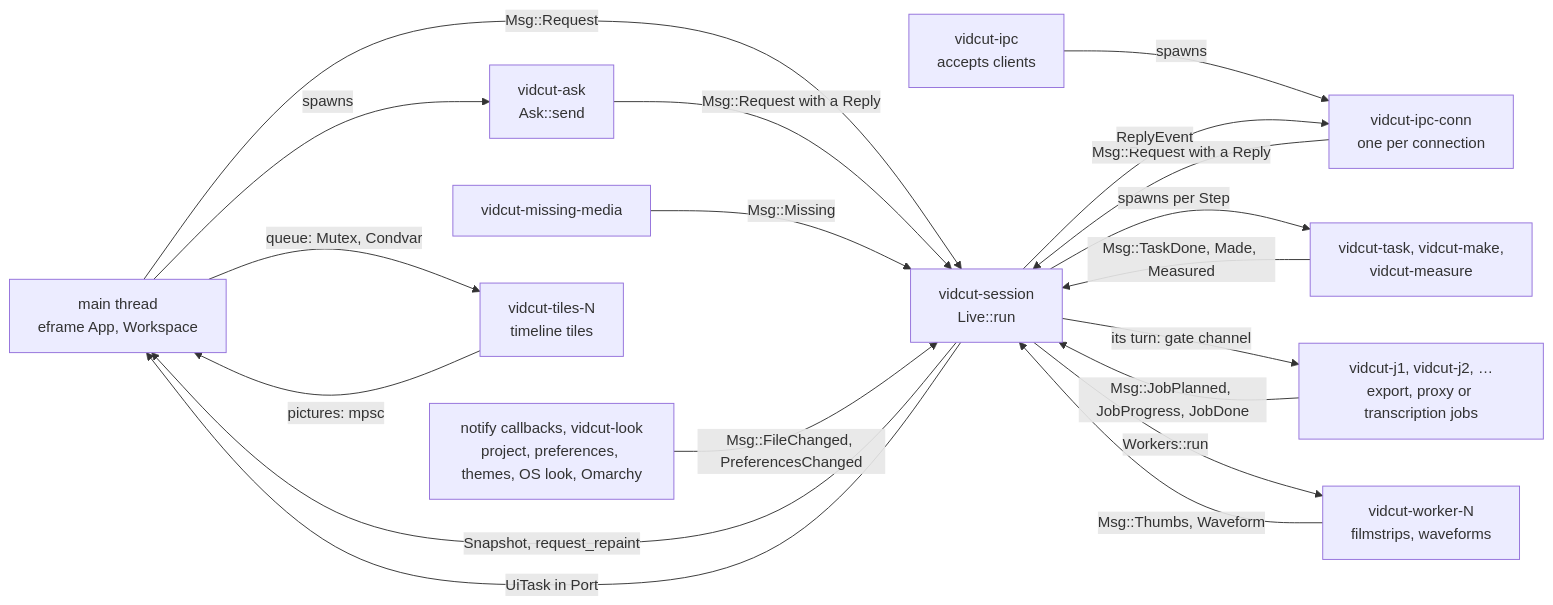
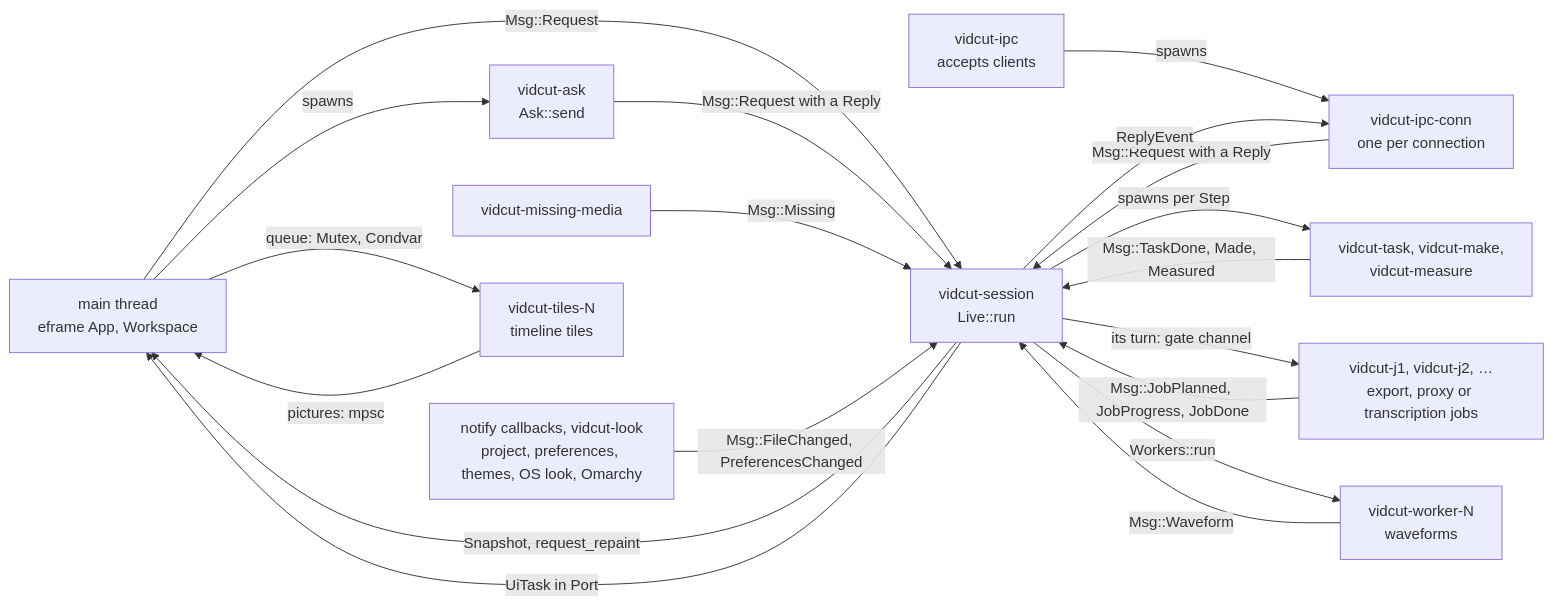
The first of 3 diagrams in docs/design/live.md (oittaa/vidcut), drawn with Mermaid before and after one commit. The commit also changed other lines of this file and 14 other files, not shown here.

````diff
--- a/docs/design/live.md
+++ b/docs/design/live.md
@@ -10,33 +10,33 @@
 ```mermaid
 flowchart LR
   UI["main thread<br>eframe App, Workspace"]
   S["vidcut-session<br>Live::run"]
   ASK["vidcut-ask<br>Ask::send"]
   IPC["vidcut-ipc<br>accepts clients"]
   CONN["vidcut-ipc-conn<br>one per connection"]
   STEP["vidcut-task, vidcut-make,<br>vidcut-measure"]
   JOB["vidcut-j1, vidcut-j2, …<br>export, proxy or transcription jobs"]
-  WORK["vidcut-worker-N<br>filmstrips, waveforms"]
+  WORK["vidcut-worker-N<br>waveforms"]
   MISS["vidcut-missing-media"]
   WATCH["notify callbacks, vidcut-look<br>project, preferences, themes, OS look, Omarchy"]
   TILES["vidcut-tiles-N<br>timeline tiles"]
 
   UI -->|"Msg::Request"| S
   S -->|"Snapshot, request_repaint"| UI
   S -->|"UiTask in Port"| UI
   UI -->|"spawns"| ASK
   ASK -->|"Msg::Request with a Reply"| S
   IPC -->|"spawns"| CONN
   CONN -->|"Msg::Request with a Reply"| S
   S -->|"ReplyEvent"| CONN
   S -->|"spawns per Step"| STEP
   STEP -->|"Msg::TaskDone, Made, Measured"| S
   S -->|"its turn: gate channel"| JOB
   JOB -->|"Msg::JobPlanned, JobProgress, JobDone"| S
   S -->|"Workers::run"| WORK
-  WORK -->|"Msg::Thumbs, Waveform"| S
+  WORK -->|"Msg::Waveform"| S
   MISS -->|"Msg::Missing"| S
   WATCH -->|"Msg::FileChanged, PreferencesChanged"| S
   UI -->|"queue: Mutex, Condvar"| TILES
   TILES -->|"pictures: mpsc"| UI
 ```
````
